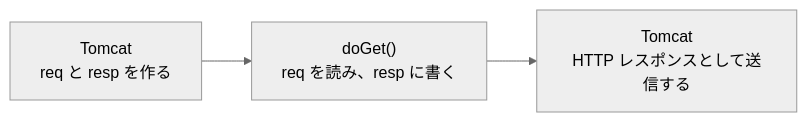
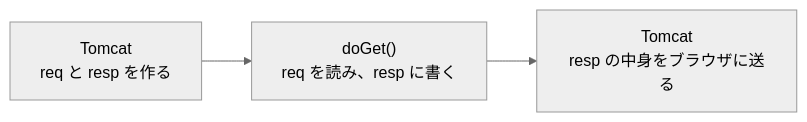
The diagram in servlet/04-html-response/01-request-and-response.md (Appricot144/teaching-material), drawn with Mermaid (neutral theme) before and after one commit. The commit also changed other lines of this file and 3 other files, not shown here.

````diff
--- a/servlet/04-html-response/01-request-and-response.md
+++ b/servlet/04-html-response/01-request-and-response.md
@@ -27,4 +37,4 @@
 ```mermaid
 flowchart LR
-    T1["Tomcat<br/>req と resp を作る"] --> S["doGet()<br/>req を読み、resp に書く"] --> T2["Tomcat<br/>HTTP レスポンスとして送信する"]
+    T1["Tomcat<br/>req と resp を作る"] --> S["doGet()<br/>req を読み、resp に書く"] --> T2["Tomcat<br/>resp の中身をブラウザに送る"]
 ```
````
